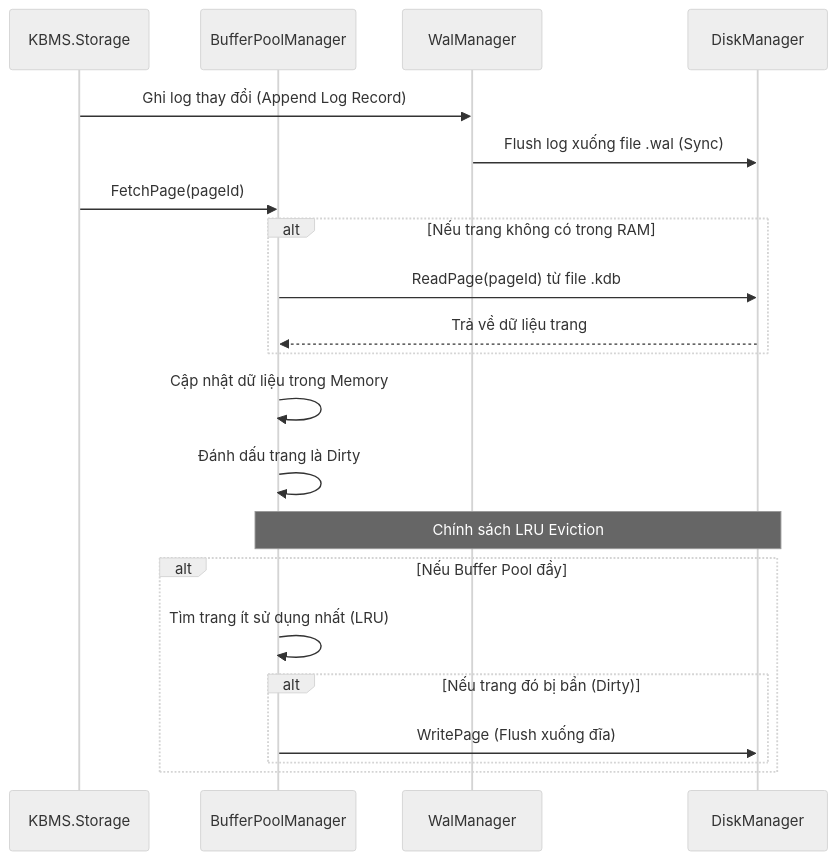
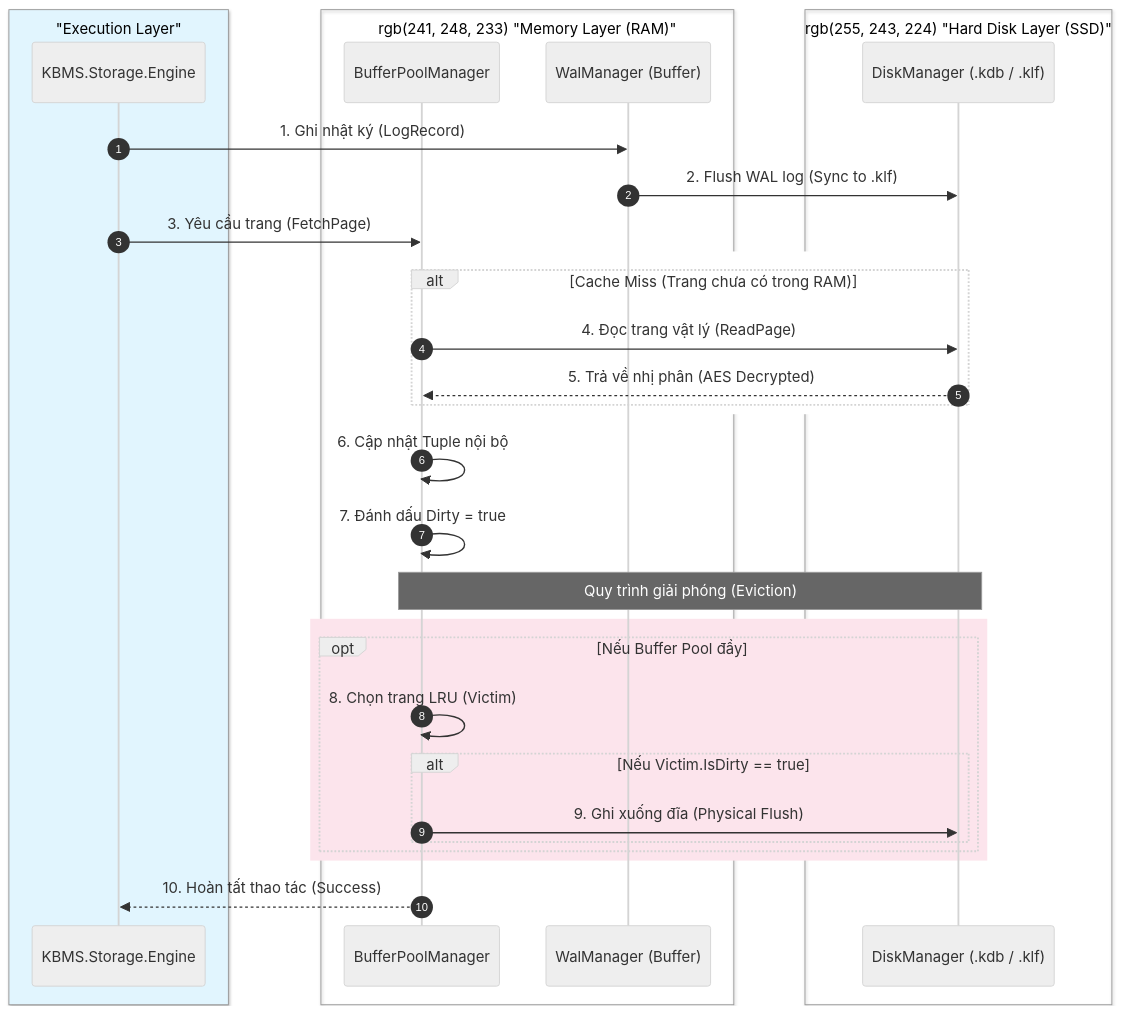
Before and after one commit to tranphat1506/KBMS: the diagram in docs/assets/diagrams/storage_flow.mmd, drawn with Mermaid (neutral theme). The commit also changed 574 other files, not shown here.

Commit message:
refactor: reorganize documentation structure, update diagrams, and clean up legacy LaTeX report assets.

```diff
--- a/docs/assets/diagrams/storage_flow.mmd
+++ b/docs/assets/diagrams/storage_flow.mmd
@@ -1,25 +1,40 @@
 sequenceDiagram
-    participant ST as KBMS.Storage
-    participant BP as BufferPoolManager
-    participant WAL as WalManager
-    participant DM as DiskManager
+    autonumber
+    
+    box rgb(225, 245, 254) "Execution Layer"
+        participant ST as KBMS.Storage.Engine
+    end
+    box rgb(241, 248, 233) "Memory Layer (RAM)"
+        participant BP as BufferPoolManager
+        participant WAL as WalManager (Buffer)
+    end
+    box rgb(255, 243, 224) "Hard Disk Layer (SSD)"
+        participant DM as DiskManager (.kdb / .klf)
+    end
 
-    ST->>WAL: Ghi log thay đổi (Append Log Record)
-    WAL->>DM: Flush log xuống file .wal (Sync)
+    ST->>WAL: 1. Ghi nhật ký (LogRecord)
+    WAL->>DM: 2. Flush WAL log (Sync to .klf)
     
-    ST->>BP: FetchPage(pageId)
-    alt Nếu trang không có trong RAM
-        BP->>DM: ReadPage(pageId) từ file .kdb
-        DM-->>BP: Trả về dữ liệu trang
+    ST->>BP: 3. Yêu cầu trang (FetchPage)
+    
+    rect rgb(255, 255, 255)
+        alt Cache Miss (Trang chưa có trong RAM)
+            BP->>DM: 4. Đọc trang vật lý (ReadPage)
+            DM-->>BP: 5. Trả về nhị phân (AES Decrypted)
+        end
     end
     
-    BP->>BP: Cập nhật dữ liệu trong Memory
-    BP->>BP: Đánh dấu trang là Dirty
+    BP->>BP: 6. Cập nhật Tuple nội bộ
+    BP->>BP: 7. Đánh dấu Dirty = true
     
-    Note over BP,DM: Chính sách LRU Eviction
-    alt Nếu Buffer Pool đầy
-        BP->>BP: Tìm trang ít sử dụng nhất (LRU)
-        alt Nếu trang đó bị bẩn (Dirty)
-            BP->>DM: WritePage (Flush xuống đĩa)
+    Note over BP,DM: Quy trình giải phóng (Eviction)
+    rect rgb(252, 228, 236)
+        opt Nếu Buffer Pool đầy
+            BP->>BP: 8. Chọn trang LRU (Victim)
+            alt Nếu Victim.IsDirty == true
+                BP->>DM: 9. Ghi xuống đĩa (Physical Flush)
+            end
         end
     end
+
+    BP-->>ST: 10. Hoàn tất thao tác (Success)
```
